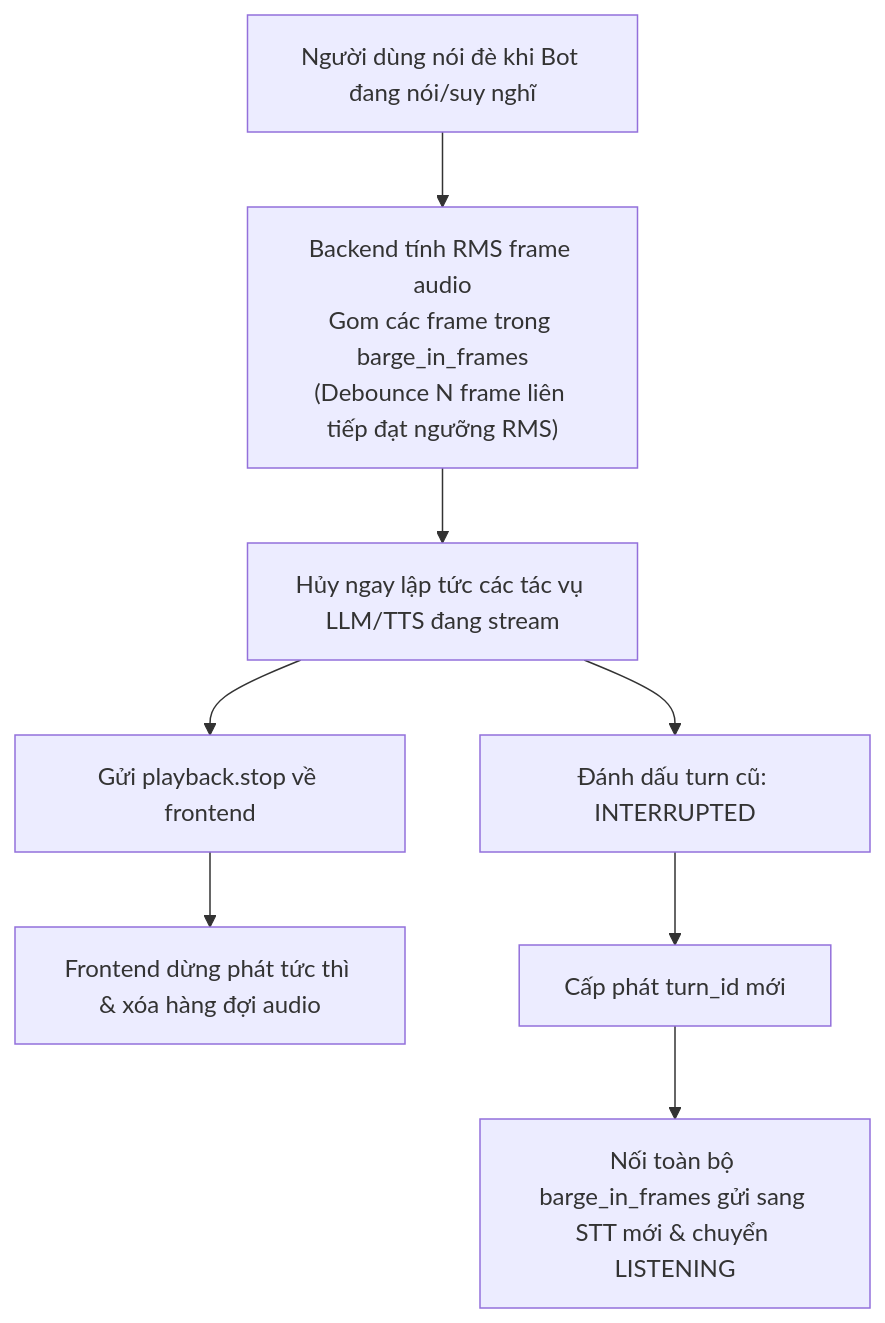
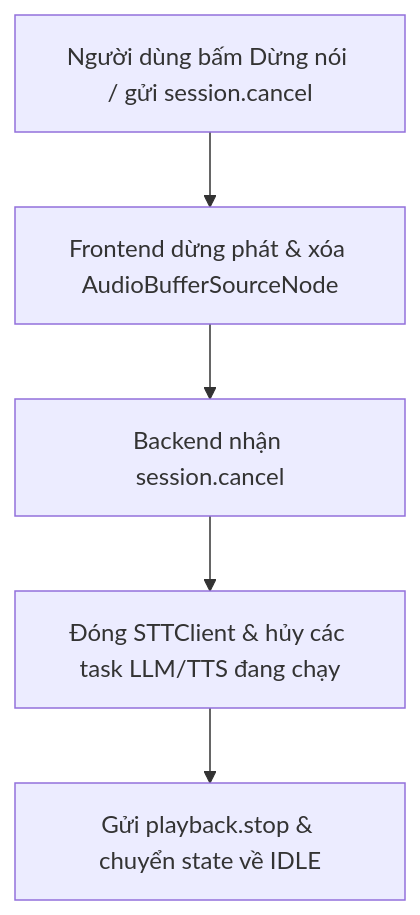
Before and after one commit to dinhhthanhh/voicebot: the third of 3 diagrams in docs/02_voice_flow.md, drawn with Mermaid. The commit also changed other lines of this file and 15 other files, not shown here.

First line of the commit message:
Refactor backend/frontend architecture, fix edge cases, and sync docs/tests

````diff
--- a/docs/02_voice_flow.md
+++ b/docs/02_voice_flow.md
@@ -130,10 +129,7 @@
 ``` mermaid
 flowchart TD
-    A["Người dùng nói đè khi Bot đang nói/suy nghĩ"] --> B["Backend tính RMS frame audio<br/>Gom các frame trong barge_in_frames<br/>(Debounce N frame liên tiếp đạt ngưỡng RMS)"]
-    B --> C["Hủy ngay lập tức các tác vụ LLM/TTS đang stream"]
-    C --> D["Gửi playback.stop về frontend"]
-    D --> E["Frontend dừng phát tức thì & xóa hàng đợi audio"]
-    C --> F["Đánh dấu turn cũ: INTERRUPTED"]
-    F --> G["Cấp phát turn_id mới"]
-    G --> H["Nối toàn bộ barge_in_frames gửi sang STT mới & chuyển LISTENING"]
+    A["Người dùng bấm Dừng nói / gửi session.cancel"] --> B["Frontend dừng phát & xóa AudioBufferSourceNode"]
+    B --> C["Backend nhận session.cancel"]
+    C --> D["Đóng STTClient & hủy các task LLM/TTS đang chạy"]
+    D --> E["Gửi playback.stop & chuyển state về IDLE"]
 ```
````
